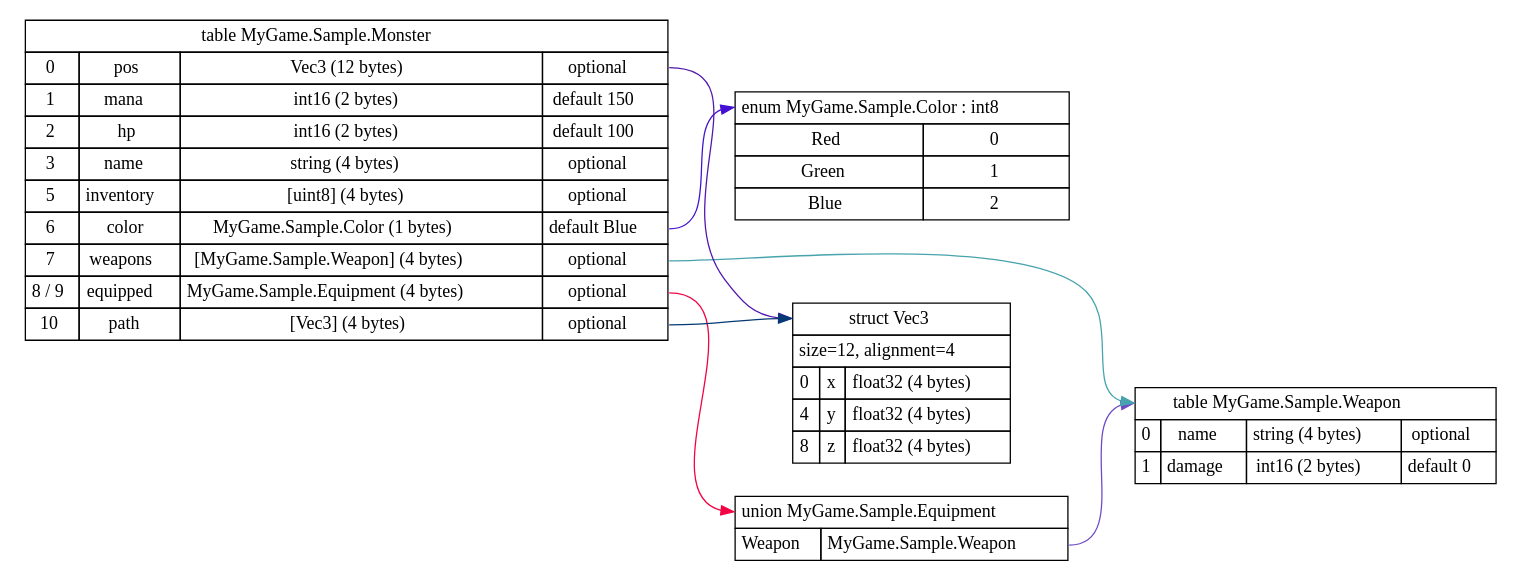
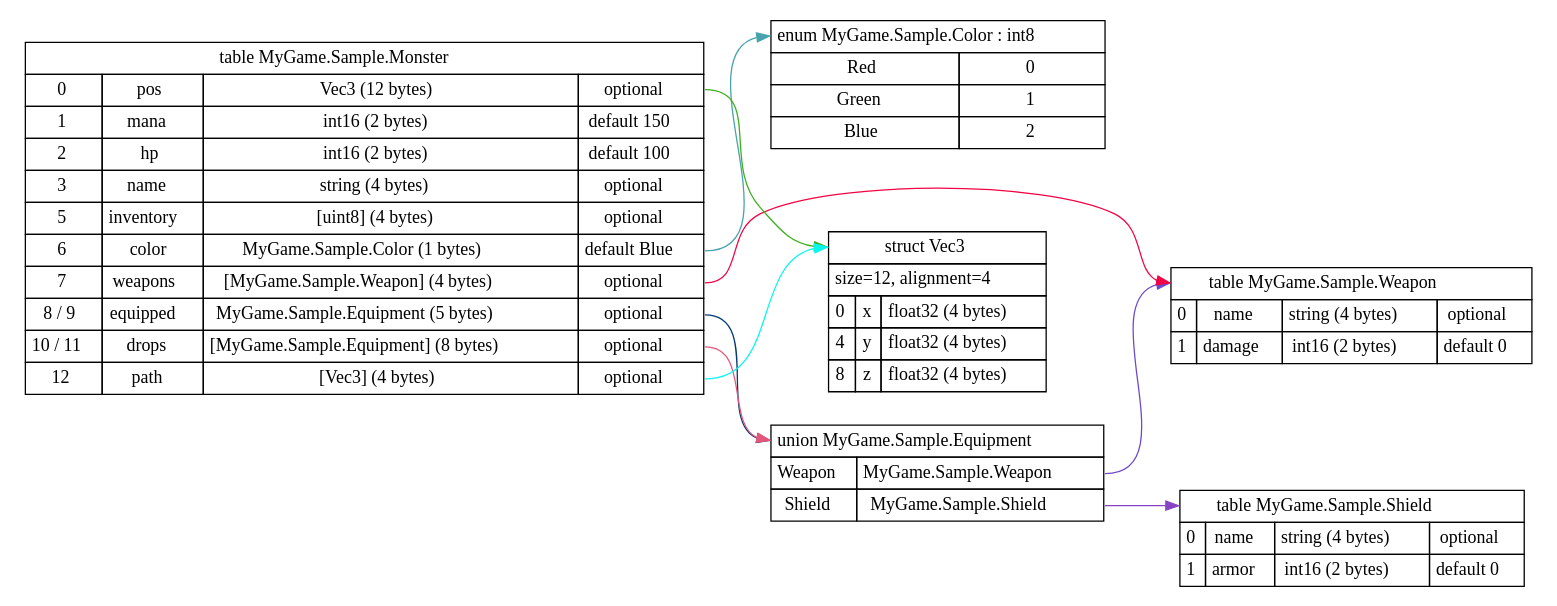
The diagram in examples/rust/monster.dot (planus-org/planus), drawn with Graphviz before and after one commit. The commit also changed 119 other files, not shown here.

```diff
--- a/examples/rust/monster.dot
+++ b/examples/rust/monster.dot
@@ -1,149 +1,180 @@
 digraph G
 {
   node[ shape = none ];
   rankdir=LR;
 
   decl0[ label=<
     <TABLE BORDER="0" CELLBORDER="1" CELLSPACING="0" CELLPADDING="4">
       <TR>
         <TD colspan="2" PORT="name">enum MyGame.Sample.Color : int8</TD>
       </TR>
       <TR>
         <TD>Red</TD>
         <TD>0</TD>
       </TR>
       <TR>
         <TD>Green</TD>
         <TD>1</TD>
       </TR>
       <TR>
         <TD>Blue</TD>
         <TD>2</TD>
       </TR>
     </TABLE>>
   ];
 
   decl1[ label=<
     <TABLE BORDER="0" CELLBORDER="1" CELLSPACING="0" CELLPADDING="4">
       <TR>
         <TD colspan="3" PORT="name">union MyGame.Sample.Equipment</TD>
       </TR>
       <TR>
         <TD>Weapon</TD>
         <TD PORT="p0">MyGame.Sample.Weapon</TD>
       </TR>
+      <TR>
+        <TD>Shield</TD>
+        <TD PORT="p1">MyGame.Sample.Shield</TD>
+      </TR>
     </TABLE>>
   ];
   decl1:p0:e -> decl4:name [color = "#6e4ac9"];
+  decl1:p1:e -> decl5:name [color = "#8644c4"];
 
   decl2[ label=<
     <TABLE BORDER="0" CELLBORDER="1" CELLSPACING="0" CELLPADDING="4">
       <TR>
         <TD colspan="3" PORT="name">struct Vec3</TD>
       </TR>
       <TR>
         <TD colspan="3">size=12, alignment=4</TD>
       </TR>
       <TR>
         <TD>0</TD>
         <TD>x</TD>
         <TD PORT="p0">float32 (4 bytes)</TD>
       </TR>
       <TR>
         <TD>4</TD>
         <TD>y</TD>
         <TD PORT="p1">float32 (4 bytes)</TD>
       </TR>
       <TR>
         <TD>8</TD>
         <TD>z</TD>
         <TD PORT="p2">float32 (4 bytes)</TD>
       </TR>
     </TABLE>>
   ];
 
   decl3[ label=<
     <TABLE BORDER="0" CELLBORDER="1" CELLSPACING="0" CELLPADDING="4">
       <TR>
         <TD colspan="4" PORT="name">table MyGame.Sample.Monster</TD>
       </TR>
       <TR>
         <TD>0</TD>
         <TD>pos</TD>
         <TD>Vec3 (12 bytes)</TD>
         <TD PORT="p0">optional</TD>
       </TR>
       <TR>
         <TD>1</TD>
         <TD>mana</TD>
         <TD>int16 (2 bytes)</TD>
         <TD PORT="p1">default 150</TD>
       </TR>
       <TR>
         <TD>2</TD>
         <TD>hp</TD>
         <TD>int16 (2 bytes)</TD>
         <TD PORT="p2">default 100</TD>
       </TR>
       <TR>
         <TD>3</TD>
         <TD>name</TD>
         <TD>string (4 bytes)</TD>
         <TD PORT="p3">optional</TD>
       </TR>
       <TR>
         <TD>5</TD>
         <TD>inventory</TD>
         <TD>[uint8] (4 bytes)</TD>
         <TD PORT="p4">optional</TD>
       </TR>
       <TR>
         <TD>6</TD>
         <TD>color</TD>
         <TD>MyGame.Sample.Color (1 bytes)</TD>
         <TD PORT="p5">default Blue</TD>
       </TR>
       <TR>
         <TD>7</TD>
         <TD>weapons</TD>
         <TD>[MyGame.Sample.Weapon] (4 bytes)</TD>
         <TD PORT="p6">optional</TD>
       </TR>
       <TR>
         <TD>8 / 9</TD>
         <TD>equipped</TD>
-        <TD>MyGame.Sample.Equipment (4 bytes)</TD>
+        <TD>MyGame.Sample.Equipment (5 bytes)</TD>
         <TD PORT="p7">optional</TD>
       </TR>
       <TR>
-        <TD>10</TD>
+        <TD>10 / 11</TD>
+        <TD>drops</TD>
+        <TD>[MyGame.Sample.Equipment] (8 bytes)</TD>
+        <TD PORT="p8">optional</TD>
+      </TR>
+      <TR>
+        <TD>12</TD>
         <TD>path</TD>
         <TD>[Vec3] (4 bytes)</TD>
-        <TD PORT="p8">optional</TD>
+        <TD PORT="p9">optional</TD>
       </TR></TABLE>>
   ];
-  decl3:p0:e -> decl2:name [color = "#5216ad"];
-  decl3:p5:e -> decl0:name [color = "#4410d3"];
-  decl3:p6:e -> decl4:name [color = "#47a3ad"];
-  decl3:p7:e -> decl1:name [color = "#f20444"];
-  decl3:p8:e -> decl2:name [color = "#053975"];
+  decl3:p0:e -> decl2:name [color = "#3daf1d"];
+  decl3:p5:e -> decl0:name [color = "#47a3ad"];
+  decl3:p6:e -> decl4:name [color = "#f20444"];
+  decl3:p7:e -> decl1:name [color = "#053975"];
+  decl3:p8:e -> decl1:name [color = "#e5577a"];
+  decl3:p9:e -> decl2:name [color = "#09f7ef"];
 
   decl4[ label=<
     <TABLE BORDER="0" CELLBORDER="1" CELLSPACING="0" CELLPADDING="4">
       <TR>
         <TD colspan="4" PORT="name">table MyGame.Sample.Weapon</TD>
       </TR>
       <TR>
         <TD>0</TD>
         <TD>name</TD>
         <TD>string (4 bytes)</TD>
         <TD PORT="p0">optional</TD>
       </TR>
       <TR>
         <TD>1</TD>
         <TD>damage</TD>
         <TD>int16 (2 bytes)</TD>
         <TD PORT="p1">default 0</TD>
       </TR></TABLE>>
   ];
+
+  decl5[ label=<
+    <TABLE BORDER="0" CELLBORDER="1" CELLSPACING="0" CELLPADDING="4">
+      <TR>
+        <TD colspan="4" PORT="name">table MyGame.Sample.Shield</TD>
+      </TR>
+      <TR>
+        <TD>0</TD>
+        <TD>name</TD>
+        <TD>string (4 bytes)</TD>
+        <TD PORT="p0">optional</TD>
+      </TR>
+      <TR>
+        <TD>1</TD>
+        <TD>armor</TD>
+        <TD>int16 (2 bytes)</TD>
+        <TD PORT="p1">default 0</TD>
+      </TR></TABLE>>
+  ];
 }
```
